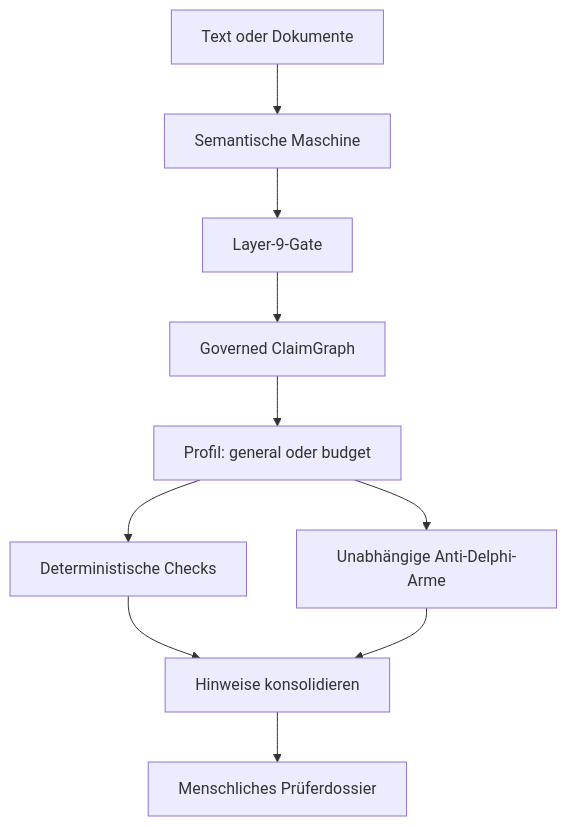
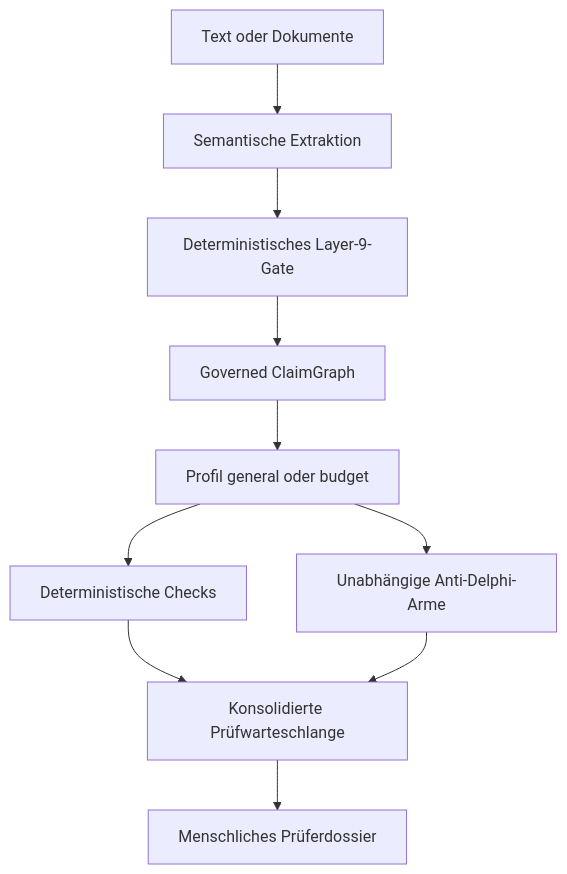
The second of 2 diagrams in README.md (hstre/Budget-Review), drawn with Mermaid before and after one commit. The commit also changed other lines of this file, not shown here.

````diff
--- a/README.md
+++ b/README.md
@@ -17,12 +312,12 @@
 ```mermaid
 flowchart TD
-    A["Text oder Dokumente"] --> B["Semantische Maschine"]
-    B --> C["Layer-9-Gate"]
+    A["Text oder Dokumente"] --> B["Semantische Extraktion"]
+    B --> C["Deterministisches Layer-9-Gate"]
     C --> D["Governed ClaimGraph"]
-    D --> E["Profil: general oder budget"]
+    D --> E["Profil general oder budget"]
     E --> F["Deterministische Checks"]
     E --> G["Unabhängige Anti-Delphi-Arme"]
-    F --> H["Hinweise konsolidieren"]
+    F --> H["Konsolidierte Prüfwarteschlange"]
     G --> H
     H --> I["Menschliches Prüferdossier"]
 ```
````
